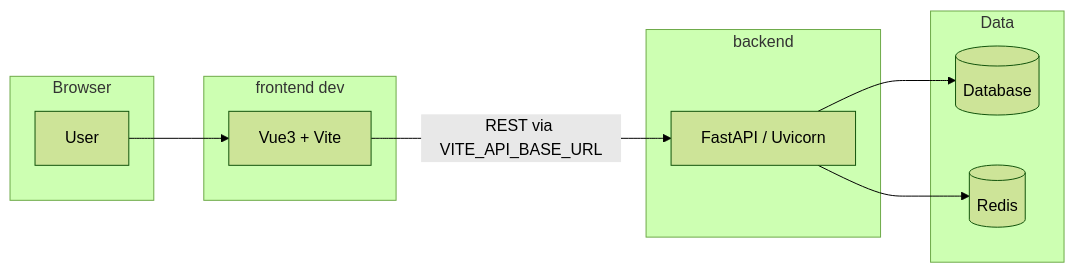
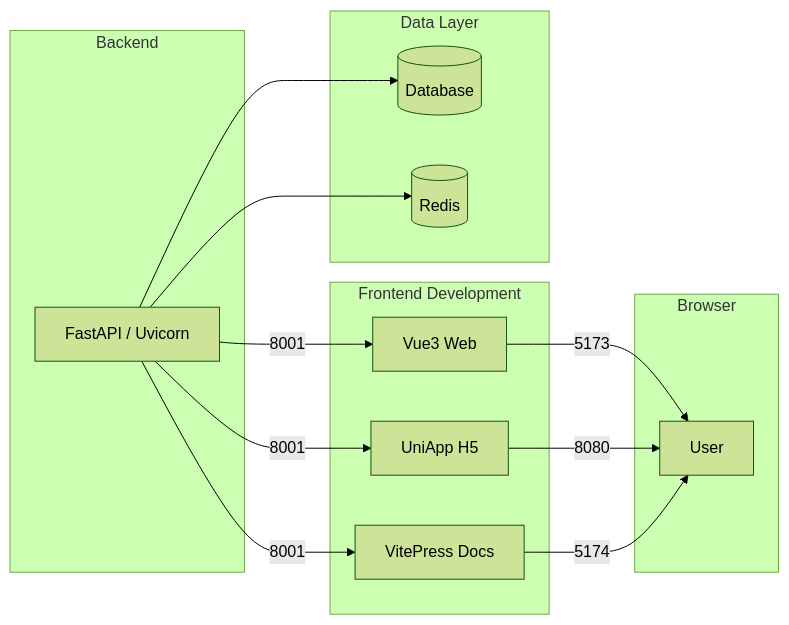
Before and after one commit to fastapiadmin/FastapiAdmin: the diagram in README.en.md, drawn with Mermaid (forest theme). The commit also changed other lines of this file and 1007 other files, not shown here.

````diff
--- a/README.en.md
+++ b/README.en.md
@@ -114,20 +121,22 @@
 ```mermaid
 flowchart LR
   subgraph client[Browser]
     U[User]
   end
-  subgraph fe[frontend dev]
-    V[Vue3 + Vite]
+  subgraph fe[Frontend Development]
+    V[Vue3 Web] -->|5173| U
+    A[UniApp H5] -->|8080| U
+    D[VitePress Docs] -->|5174| U
   end
-  subgraph be[backend]
-    A[FastAPI / Uvicorn]
+  subgraph be[Backend]
+    F[FastAPI / Uvicorn] -->|8001| V
+    F -->|8001| A
+    F -->|8001| D
   end
-  subgraph data[Data]
+  subgraph data[Data Layer]
     DB[(Database)]
     R[(Redis)]
   end
-  U --> V
-  V -->|REST via VITE_API_BASE_URL| A
-  A --> DB
-  A --> R
+  F --> DB
+  F --> R
 ```
````
